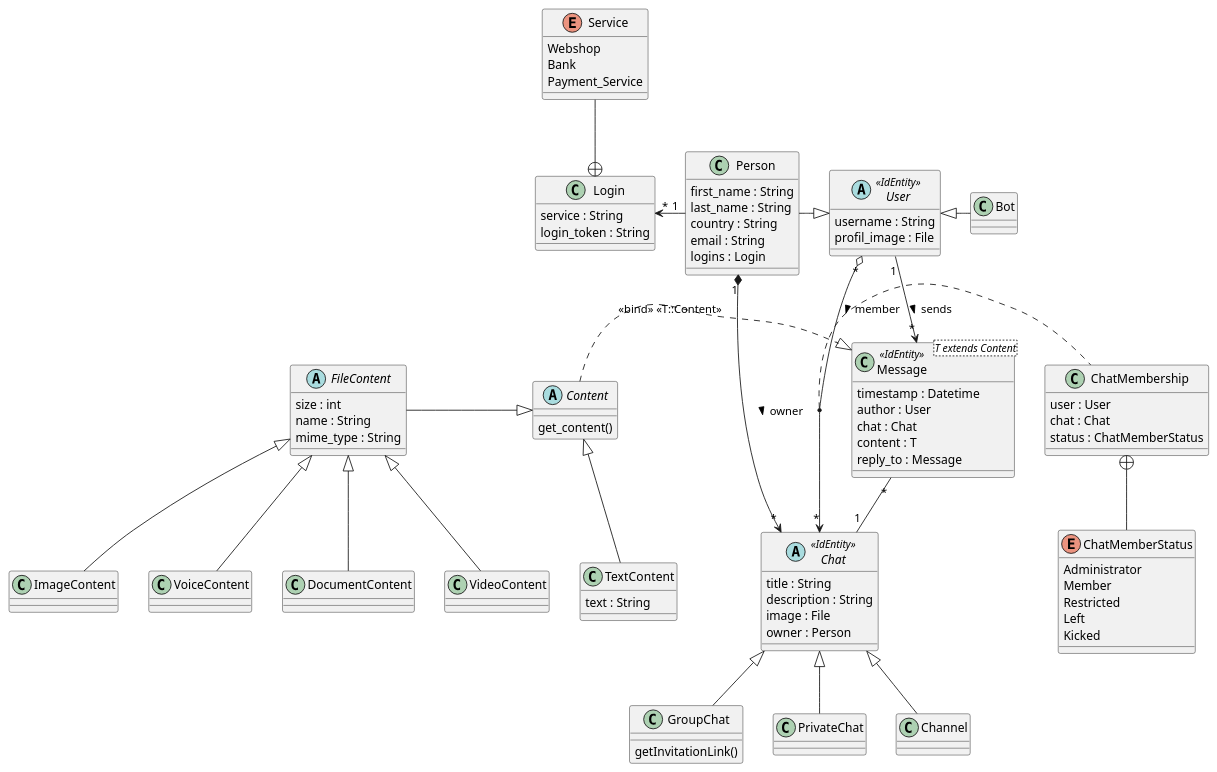
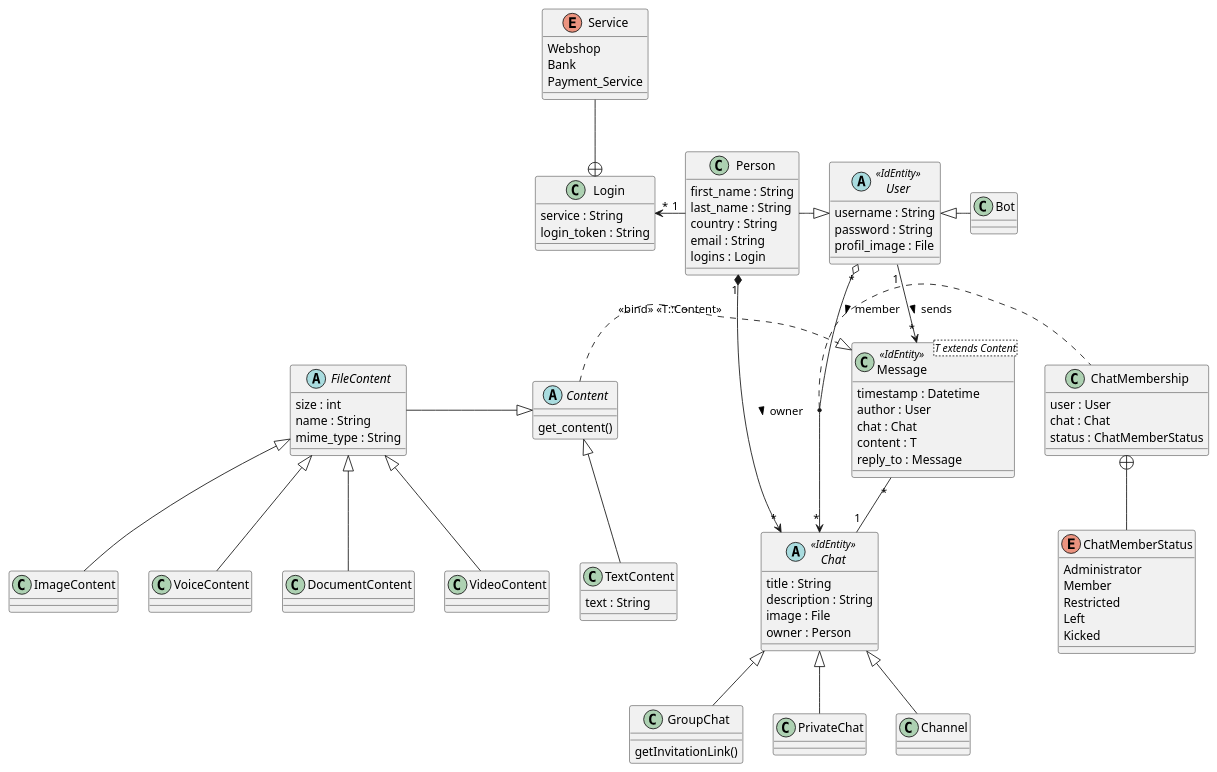
The diagram in src/doc/uml-domain.puml (bbenno/oth-sw), drawn with PlantUML before and after one commit.

Commit message:
Add attr password to user

```diff
--- a/src/doc/uml-domain.puml
+++ b/src/doc/uml-domain.puml
@@ -1,115 +1,116 @@
 @startuml chat
 ' classes in alphabetical order
 abstract class Chat <<IdEntity>> {
     title : String
     description : String
     image : File
     owner : Person
 }
 
 class ChatMembership {
     user : User
     chat : Chat
     status : ChatMemberStatus
 }
 
 enum ChatMemberStatus {
     Administrator
     Member
     Restricted
     Left
     Kicked
 }
 
 abstract class Content {
     get_content()
 }
 
 abstract class FileContent {
     size : int
     name : String
     mime_type : String
 }
 
 class GroupChat {
     getInvitationLink()
 }
 
 class Login {
     service : String
     login_token : String
 }
 
 class Message <T extends Content> <<IdEntity>> {
     timestamp : Datetime
     author : User
     chat : Chat
     content : T
     reply_to : Message
 }
 
 class Person {
     first_name : String
     last_name : String
     country : String
     email : String
     logins : Login
 }
 
 class PrivateChat
 
 enum Service {
     Webshop
     Bank
     Payment_Service
 }
 
 class TextContent {
     text : String
 }
 
 abstract class User <<IdEntity>> {
     username : String
+    password : String
     profil_image : File
 }
 
 ' Inheritance
 '' Chat inheritance
 Chat <|-- PrivateChat
 Chat <|-- GroupChat
 Chat <|-- Channel
 
 '' Content inheritance
 Content <|-- TextContent
 FileContent -|> Content
 
 '' FileContent inheritance
 FileContent <|-- VideoContent
 FileContent <|-- ImageContent
 FileContent <|-- VoiceContent
 FileContent <|-- DocumentContent
 
 '' Person inheritance
 Person -|> User
 User <|- Bot
 
 ' Generic binding
 Content .|> Message : <<bind>> <<T::Content>>
 
 ' Relations
 '' to Chat
 Person "1" *--> "*" Chat : owner >
 User "*" o--> "*" Chat : member >
 (User, Chat) .. ChatMembership
 
 '' to Message
 User "1" --> "*" Message : sends >
 Message "*" -- "1" Chat
 
 '' with Enumerations
 Service --+ Login
 ChatMembership +-- ChatMemberStatus
 
 '' Misc
 Login "*" <- "1" Person
 @enduml
```
